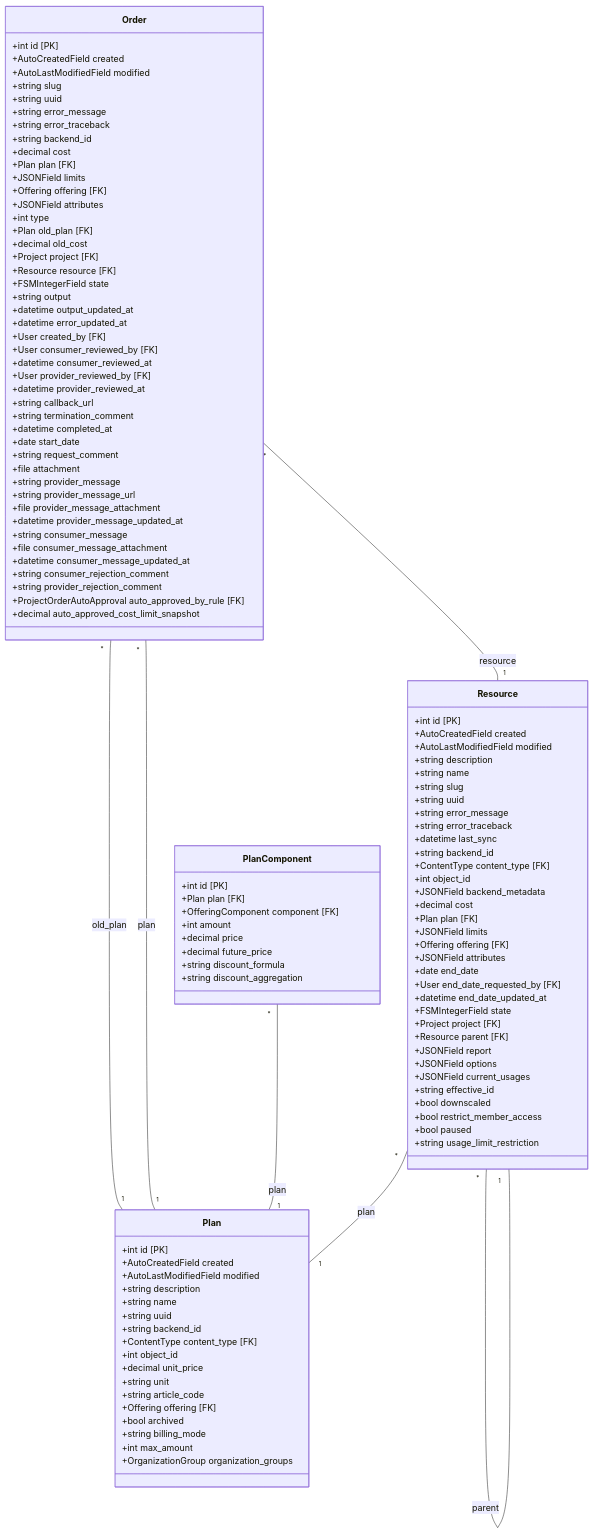
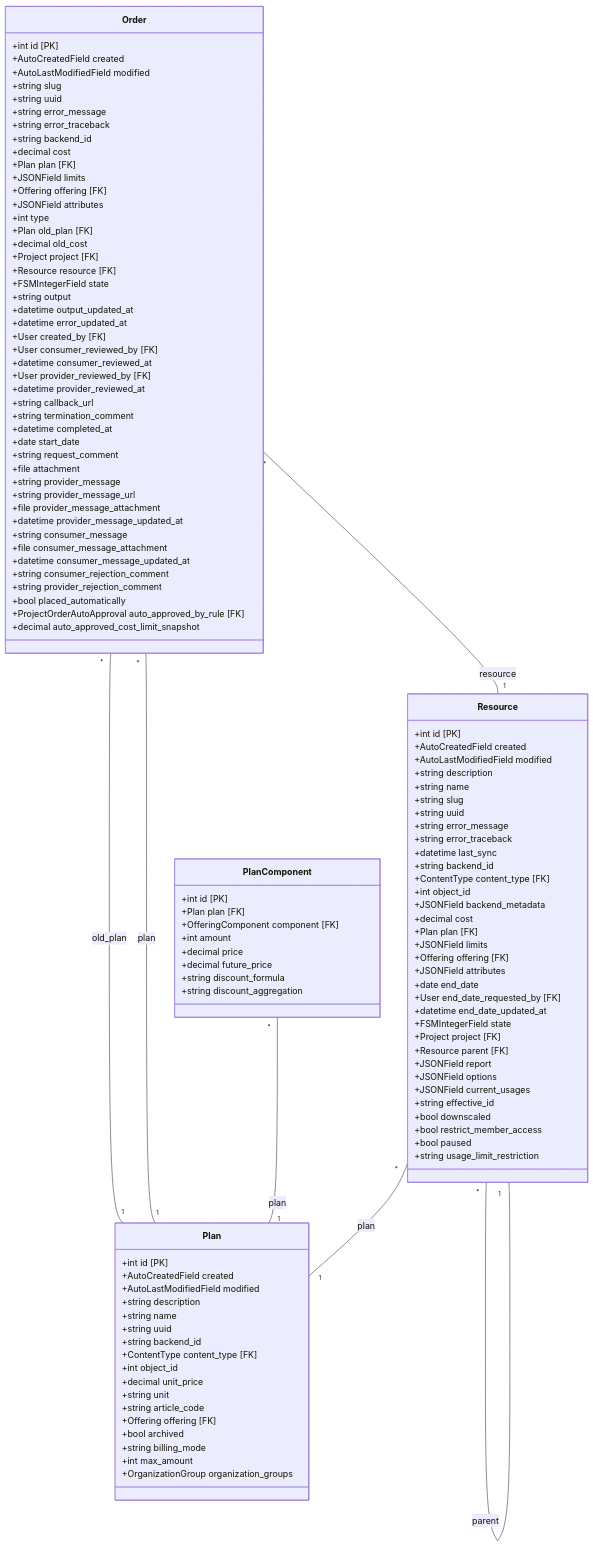
One commit to waldur/waldur-docs changed the diagram in docs/developer-guide/marketplace_provision.mmd. Above: the diagram before and after it, drawn with Mermaid. The commit also changed 35 other files, not shown here.

```diff
--- a/docs/developer-guide/marketplace_provision.mmd
+++ b/docs/developer-guide/marketplace_provision.mmd
@@ -1,118 +1,119 @@
 classDiagram
     direction TB
     class Plan {
         +int id [PK]
         +AutoCreatedField created
         +AutoLastModifiedField modified
         +string description
         +string name
         +string uuid
         +string backend_id
         +ContentType content_type [FK]
         +int object_id
         +decimal unit_price
         +string unit
         +string article_code
         +Offering offering [FK]
         +bool archived
         +string billing_mode
         +int max_amount
         +OrganizationGroup organization_groups
     }
     class PlanComponent {
         +int id [PK]
         +Plan plan [FK]
         +OfferingComponent component [FK]
         +int amount
         +decimal price
         +decimal future_price
         +string discount_formula
         +string discount_aggregation
     }
     class Resource {
         +int id [PK]
         +AutoCreatedField created
         +AutoLastModifiedField modified
         +string description
         +string name
         +string slug
         +string uuid
         +string error_message
         +string error_traceback
         +datetime last_sync
         +string backend_id
         +ContentType content_type [FK]
         +int object_id
         +JSONField backend_metadata
         +decimal cost
         +Plan plan [FK]
         +JSONField limits
         +Offering offering [FK]
         +JSONField attributes
         +date end_date
         +User end_date_requested_by [FK]
         +datetime end_date_updated_at
         +FSMIntegerField state
         +Project project [FK]
         +Resource parent [FK]
         +JSONField report
         +JSONField options
         +JSONField current_usages
         +string effective_id
         +bool downscaled
         +bool restrict_member_access
         +bool paused
         +string usage_limit_restriction
     }
     class Order {
         +int id [PK]
         +AutoCreatedField created
         +AutoLastModifiedField modified
         +string slug
         +string uuid
         +string error_message
         +string error_traceback
         +string backend_id
         +decimal cost
         +Plan plan [FK]
         +JSONField limits
         +Offering offering [FK]
         +JSONField attributes
         +int type
         +Plan old_plan [FK]
         +decimal old_cost
         +Project project [FK]
         +Resource resource [FK]
         +FSMIntegerField state
         +string output
         +datetime output_updated_at
         +datetime error_updated_at
         +User created_by [FK]
         +User consumer_reviewed_by [FK]
         +datetime consumer_reviewed_at
         +User provider_reviewed_by [FK]
         +datetime provider_reviewed_at
         +string callback_url
         +string termination_comment
         +datetime completed_at
         +date start_date
         +string request_comment
         +file attachment
         +string provider_message
         +string provider_message_url
         +file provider_message_attachment
         +datetime provider_message_updated_at
         +string consumer_message
         +file consumer_message_attachment
         +datetime consumer_message_updated_at
         +string consumer_rejection_comment
         +string provider_rejection_comment
+        +bool placed_automatically
         +ProjectOrderAutoApproval auto_approved_by_rule [FK]
         +decimal auto_approved_cost_limit_snapshot
     }
     Order "*" -- "1" Plan : old_plan
     Order "*" -- "1" Plan : plan
     Order "*" -- "1" Resource : resource
     PlanComponent "*" -- "1" Plan : plan
     Resource "*" -- "1" Plan : plan
     Resource "*" -- "1" Resource : parent
```
